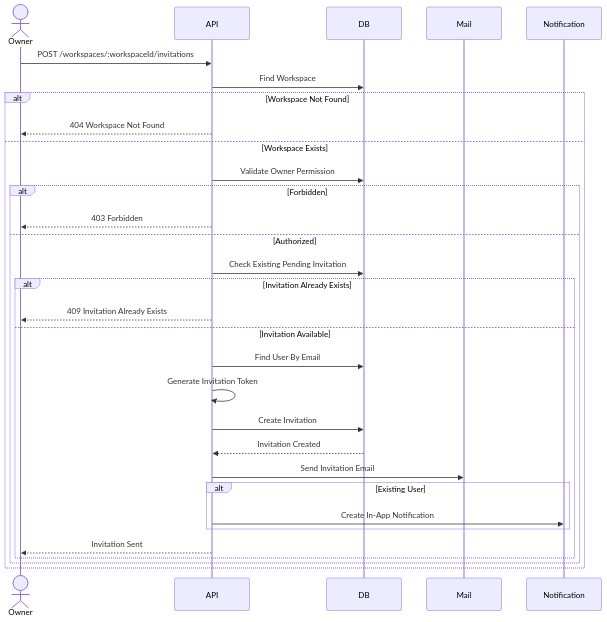
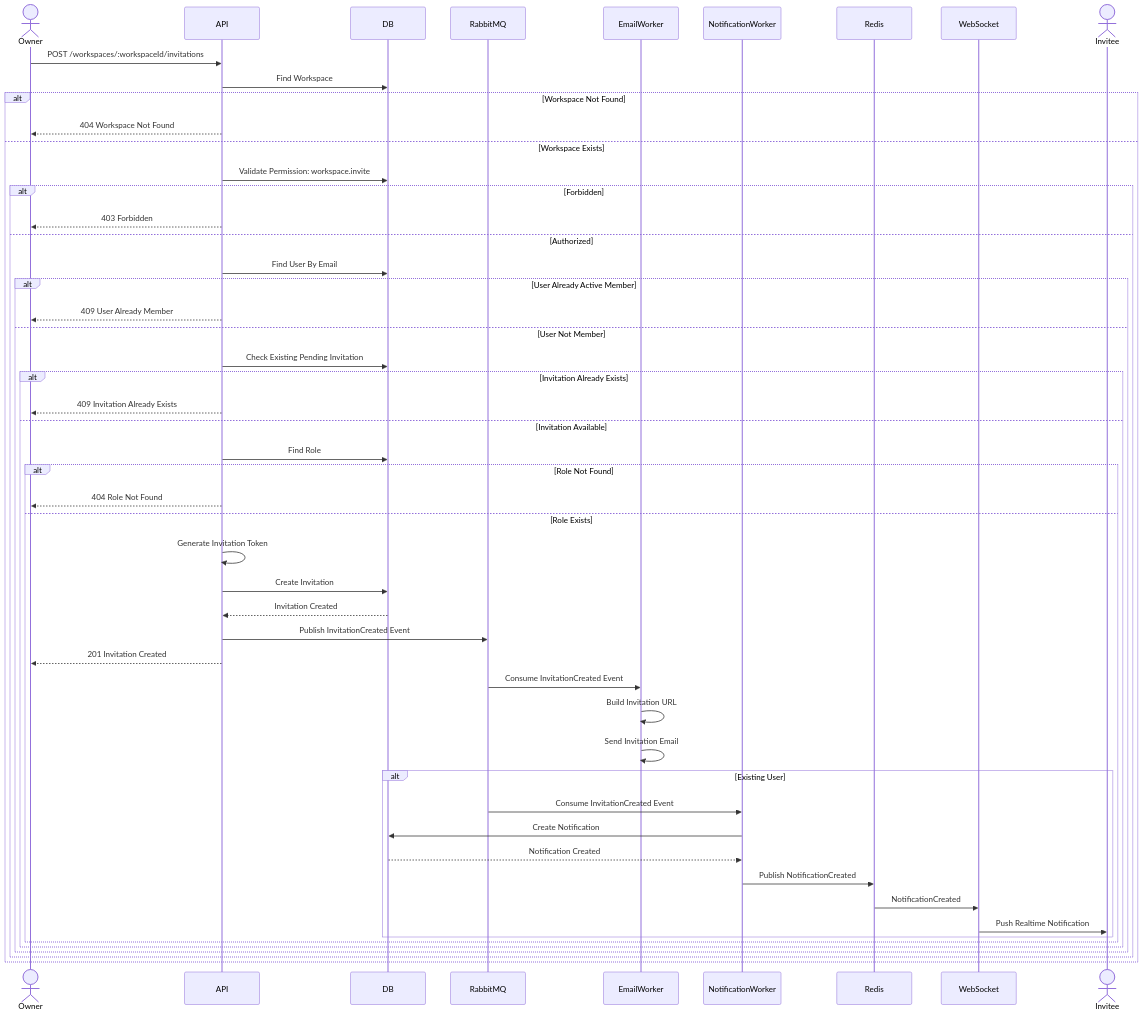
Before and after one commit to datnguyxn/LinkFlow: the first of 7 diagrams in docs/architecture/workspace-invitation/WorkspaceInvitation-Sequence.md, drawn with Mermaid. The commit also changed other lines of this file and 3 other files, not shown here.

Commit message:
docs: update architecture and API collections

```diff
--- a/docs/architecture/workspace-invitation/WorkspaceInvitation-Sequence.md
+++ b/docs/architecture/workspace-invitation/WorkspaceInvitation-Sequence.md
@@ -28,8 +28,12 @@
     actor Owner
     participant API
     participant DB
-    participant Mail
-    participant Notification
+    participant RabbitMQ
+    participant EmailWorker
+    participant NotificationWorker
+    participant Redis
+    participant WebSocket
+    actor Invitee
 
     Owner->>API: POST /workspaces/:workspaceId/invitations
 
@@ -41,7 +45,7 @@
 
     else Workspace Exists
 
-        API->>DB: Validate Owner Permission
+        API->>DB: Validate Permission: workspace.invite
 
         alt Forbidden
 
@@ -49,31 +53,65 @@
 
         else Authorized
 
-            API->>DB: Check Existing Pending Invitation
+            API->>DB: Find User By Email
 
-            alt Invitation Already Exists
+            alt User Already Active Member
 
-                API-->>Owner: 409 Invitation Already Exists
+                API-->>Owner: 409 User Already Member
 
-            else Invitation Available
+            else User Not Member
 
-                API->>DB: Find User By Email
+                API->>DB: Check Existing Pending Invitation
 
-                API->>API: Generate Invitation Token
+                alt Invitation Already Exists
 
-                API->>DB: Create Invitation
+                    API-->>Owner: 409 Invitation Already Exists
 
-                DB-->>API: Invitation Created
+                else Invitation Available
 
-                API->>Mail: Send Invitation Email
+                    API->>DB: Find Role
 
-                alt Existing User
+                    alt Role Not Found
 
-                    API->>Notification: Create In-App Notification
+                        API-->>Owner: 404 Role Not Found
+
+                    else Role Exists
+
+                        API->>API: Generate Invitation Token
+
+                        API->>DB: Create Invitation
+
+                        DB-->>API: Invitation Created
+
+                        API->>RabbitMQ: Publish InvitationCreated Event
+
+                        API-->>Owner: 201 Invitation Created
+
+                        RabbitMQ->>EmailWorker: Consume InvitationCreated Event
+
+                        EmailWorker->>EmailWorker: Build Invitation URL
+
+                        EmailWorker->>EmailWorker: Send Invitation Email
+
+                        alt Existing User
+
+                            RabbitMQ->>NotificationWorker: Consume InvitationCreated Event
+
+                            NotificationWorker->>DB: Create Notification
+
+                            DB-->>NotificationWorker: Notification Created
+
+                            NotificationWorker->>Redis: Publish NotificationCreated
+
+                            Redis->>WebSocket: NotificationCreated
+
+                            WebSocket->>Invitee: Push Realtime Notification
+
+                        end
+
+                    end
 
                 end
-
-                API-->>Owner: Invitation Sent
 
             end
 
```
